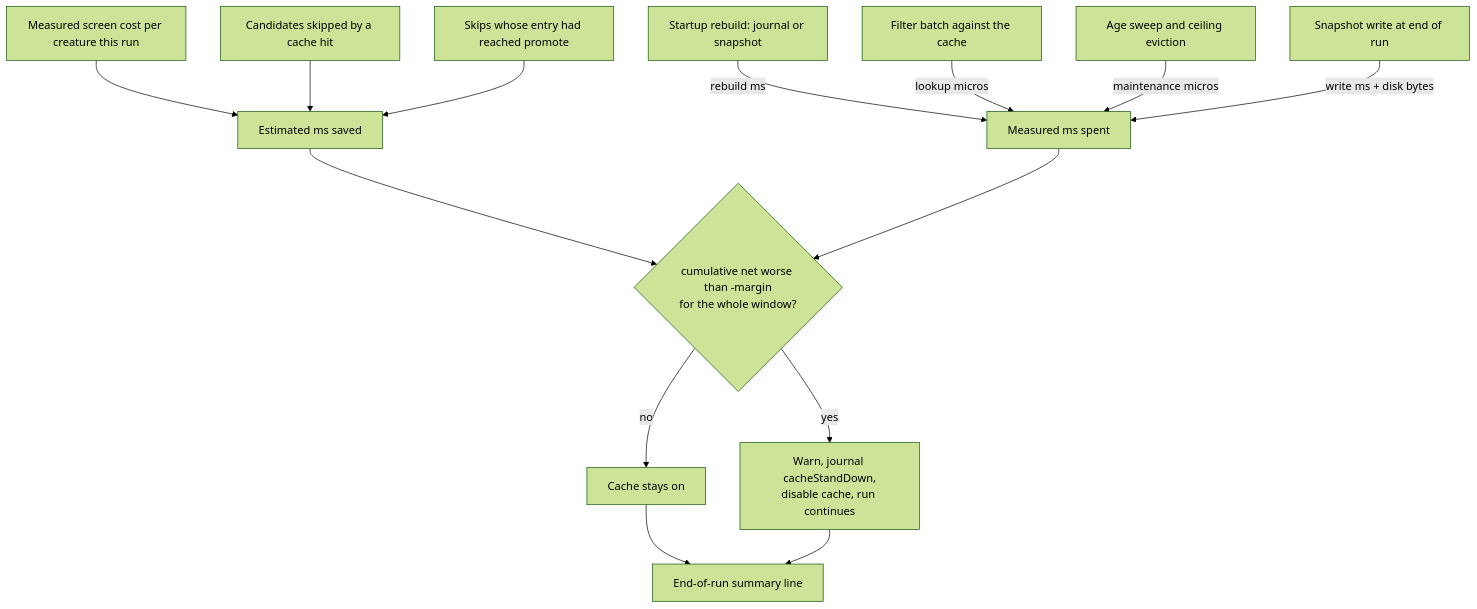
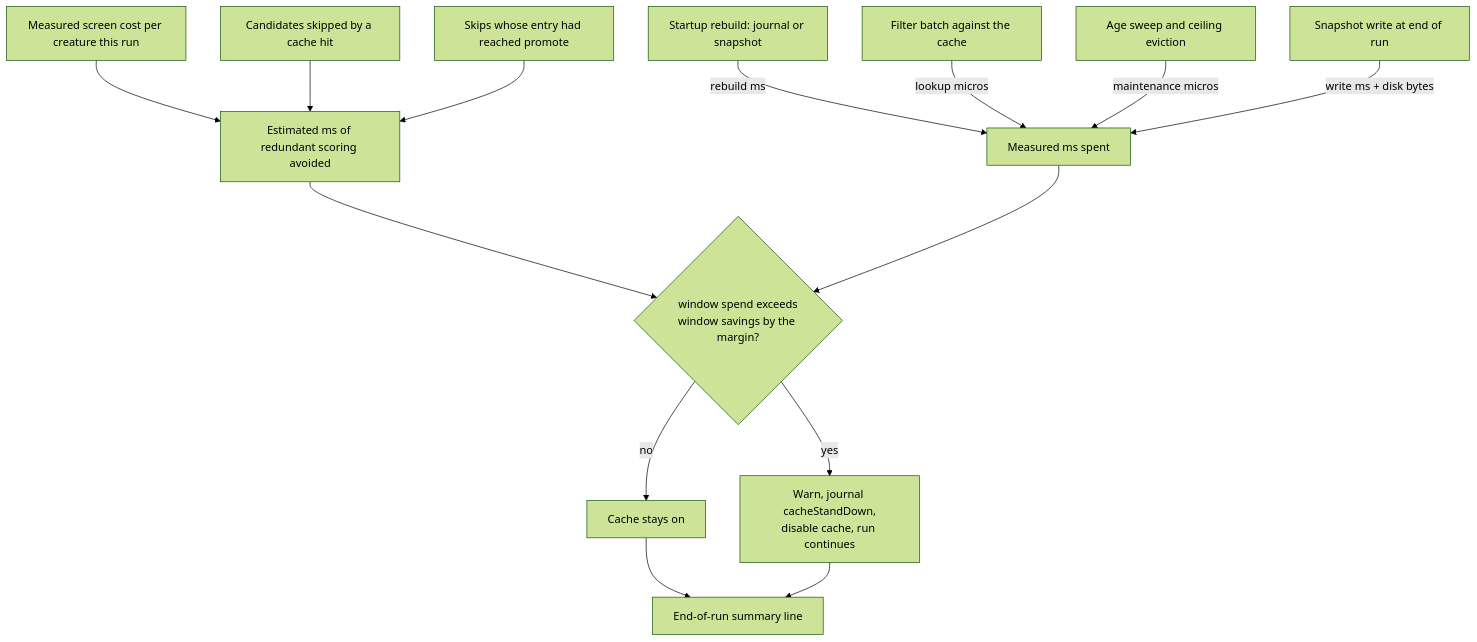
Before and after one commit to stSoftwareAU/NEAT-AI-Lamarck: the diagram in docs/archive/pr-summaries/pr-summary-92.md, drawn with Mermaid (forest theme). The commit also changed other lines of this file and 6 other files, not shown here.

````diff
--- a/docs/archive/pr-summaries/pr-summary-92.md
+++ b/docs/archive/pr-summaries/pr-summary-92.md
@@ -50,16 +62,16 @@
 ```mermaid
 flowchart TD
     START[Startup rebuild: journal or snapshot] -->|rebuild ms| SPENT
     FILTER[Filter batch against the cache] -->|lookup micros| SPENT
     SWEEP[Age sweep and ceiling eviction] -->|maintenance micros| SPENT
     SNAP[Snapshot write at end of run] -->|write ms + disk bytes| SPENT
     SCREEN[Measured screen cost per creature this run] --> SAVED
     SKIP[Candidates skipped by a cache hit] --> SAVED
     PROMO[Skips whose entry had reached promote] --> SAVED
-    SAVED[Estimated ms saved] --> NET{cumulative net worse than -margin<br/>for the whole window?}
+    SAVED[Estimated ms of redundant scoring avoided] --> NET{window spend exceeds<br/>window savings by the margin?}
     SPENT[Measured ms spent] --> NET
     NET -->|no| KEEP[Cache stays on]
     NET -->|yes| DOWN[Warn, journal cacheStandDown,<br/>disable cache, run continues]
     KEEP --> SUMMARY[End-of-run summary line]
     DOWN --> SUMMARY
 ```
````
